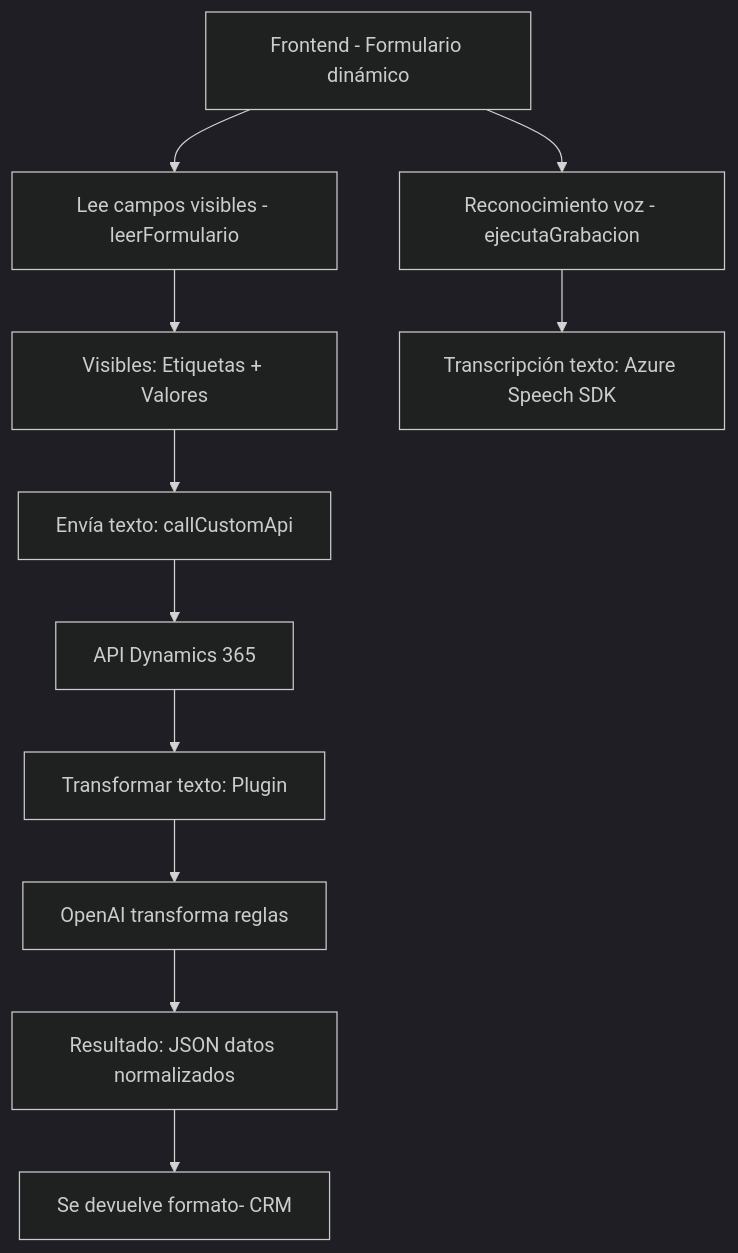
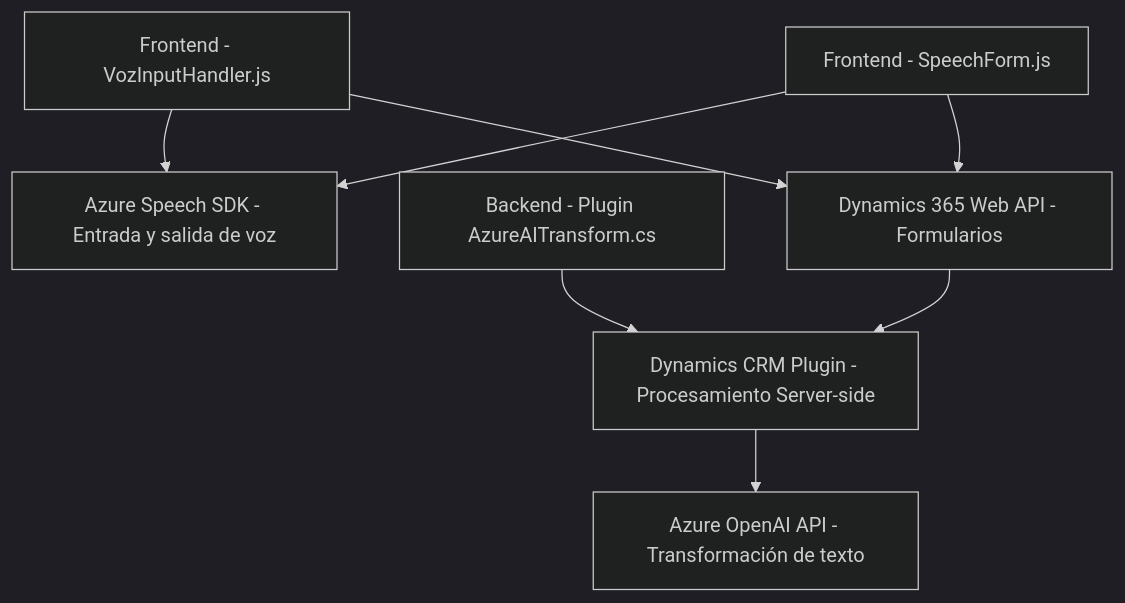
One commit to blopezdm/NETCORE_BILBAO2025 changed the diagram in README.md. Above: the diagram before and after it, drawn with Mermaid (dark theme). The commit also changed other lines of this file, not shown here.

````diff
--- a/README.md
+++ b/README.md
@@ -63,14 +44,10 @@
 ```mermaid
 graph TD
-    A["Frontend - Formulario dinámico"]
-    A --> B["Lee campos visibles - leerFormulario"]
-    A --> C["Reconocimiento voz - ejecutaGrabacion"]
-    B --> D["Visibles: Etiquetas + Valores"]
-    C --> E["Transcripción texto: Azure Speech SDK"]
-    D --> F["Envía texto: callCustomApi"]
-    F --> G["API Dynamics 365"]
-    G --> H["Transformar texto: Plugin"]
-    H --> I["OpenAI transforma reglas"]
-    I --> J["Resultado: JSON datos normalizados"]
-    J --> K["Se devuelve formato- CRM"]
+    A["Frontend - VozInputHandler.js"] --> B["Azure Speech SDK - Entrada y salida de voz"]
+    A --> C["Dynamics 365 Web API - Formularios"]
+    D["Frontend - SpeechForm.js"] --> B
+    D --> C
+    E["Backend - Plugin AzureAITransform.cs"] --> F["Dynamics CRM Plugin - Procesamiento Server-side"]
+    F --> G["Azure OpenAI API - Transformación de texto"]
+    C --> F
 ```
````
